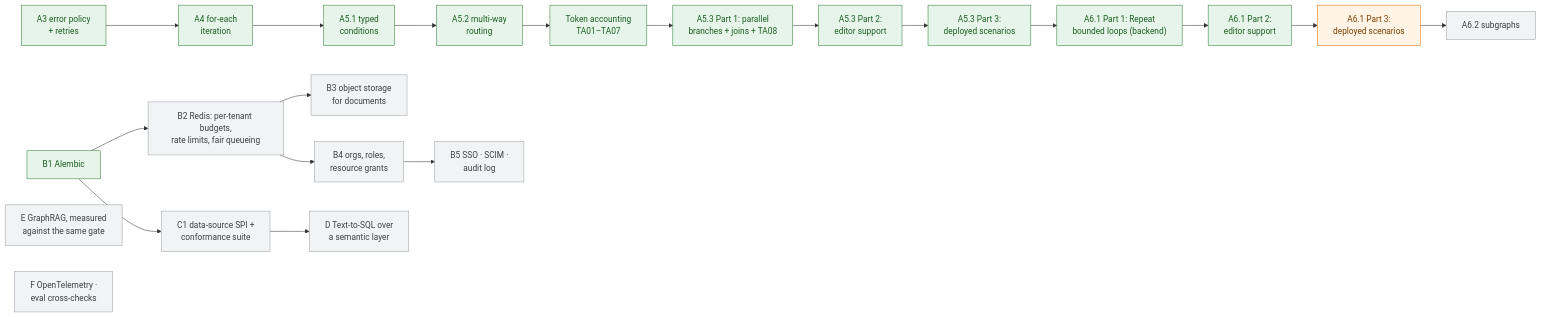
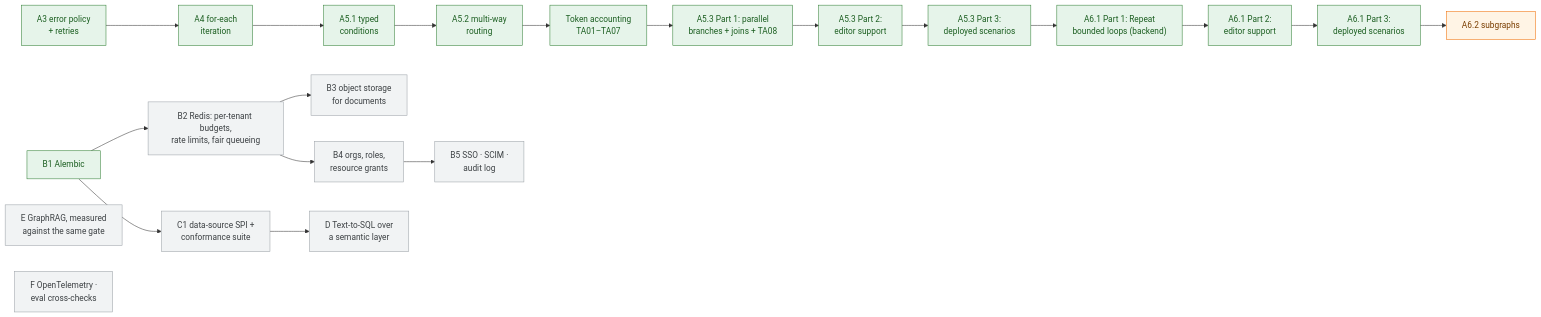
Before and after one commit to SoumithReddy6/Enterprise-No-Code-Agentic-AI-Workflow-Platform: the seventh of 7 diagrams in README.md, drawn with Mermaid. The commit also changed other lines of this file and 68 other files, not shown here.

Commit message:
A6.1 Part 3: deployed Repeat scenarios S25-S29 in a third gate lab; a write after an on_limit last Repeat, including attached writes, needs approval: true

````diff
--- a/README.md
+++ b/README.md
@@ -441,15 +442,15 @@
 ```mermaid
 flowchart LR
     classDef done fill:#e6f4ea,stroke:#2e7d32,color:#1b5e20
     classDef next fill:#fff4e5,stroke:#ef6c00,color:#7a3e00
     classDef later fill:#f1f3f4,stroke:#9aa0a6,color:#3c4043
 
     A3["A3 error policy<br/>+ retries"]:::done --> A4["A4 for-each<br/>iteration"]:::done --> A51["A5.1 typed<br/>conditions"]:::done
-    A51 --> A52["A5.2 multi-way<br/>routing"]:::done --> TA["Token accounting<br/>TA01–TA07"]:::done --> A53["A5.3 Part 1: parallel<br/>branches + joins + TA08"]:::done --> A53E["A5.3 Part 2:<br/>editor support"]:::done --> A53S["A5.3 Part 3:<br/>deployed scenarios"]:::done --> A61["A6.1 Part 1: Repeat<br/>bounded loops (backend)"]:::done --> A61E["A6.1 Part 2:<br/>editor support"]:::done --> A61S["A6.1 Part 3:<br/>deployed scenarios"]:::next --> A62["A6.2 subgraphs"]:::later
+    A51 --> A52["A5.2 multi-way<br/>routing"]:::done --> TA["Token accounting<br/>TA01–TA07"]:::done --> A53["A5.3 Part 1: parallel<br/>branches + joins + TA08"]:::done --> A53E["A5.3 Part 2:<br/>editor support"]:::done --> A53S["A5.3 Part 3:<br/>deployed scenarios"]:::done --> A61["A6.1 Part 1: Repeat<br/>bounded loops (backend)"]:::done --> A61E["A6.1 Part 2:<br/>editor support"]:::done --> A61S["A6.1 Part 3:<br/>deployed scenarios"]:::done --> A62["A6.2 subgraphs"]:::next
     B1["B1 Alembic"]:::done --> B2["B2 Redis: per-tenant budgets,<br/>rate limits, fair queueing"]:::later
     B2 --> B3["B3 object storage<br/>for documents"]:::later
     B2 --> B4["B4 orgs, roles,<br/>resource grants"]:::later --> B5["B5 SSO · SCIM ·<br/>audit log"]:::later
     B1 --> C1["C1 data-source SPI +<br/>conformance suite"]:::later --> D["D Text-to-SQL over<br/>a semantic layer"]:::later
     E["E GraphRAG, measured<br/>against the same gate"]:::later
     F["F OpenTelemetry ·<br/>eval cross-checks"]:::later
 ```
````
